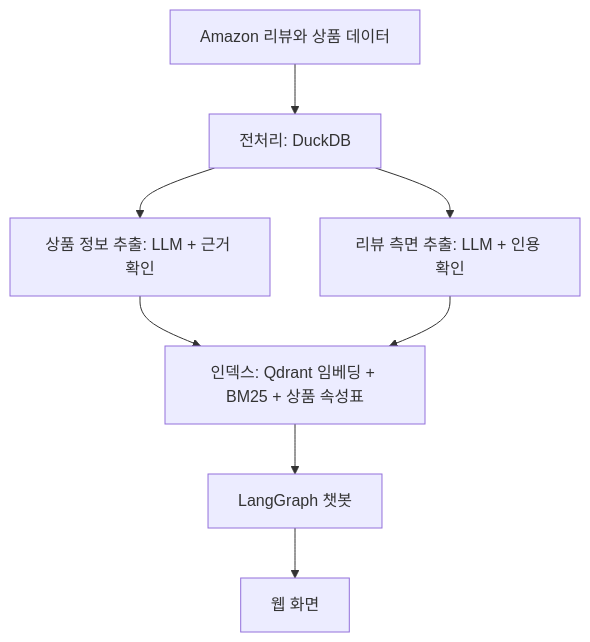
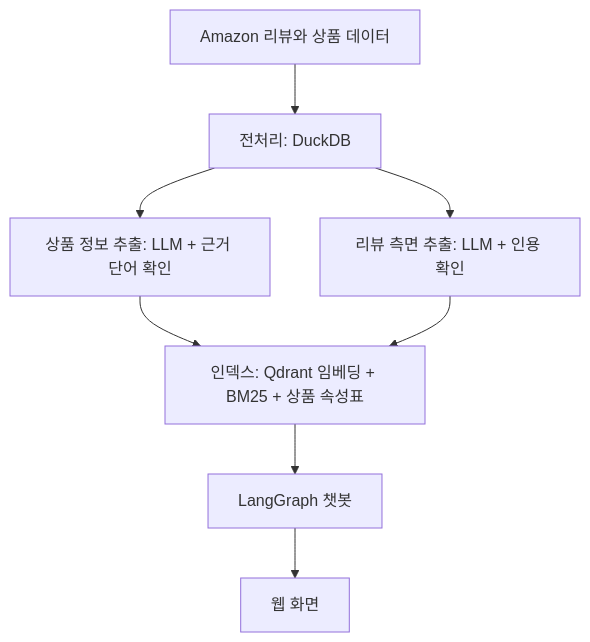
Before and after one commit to sws95/product-extraction-chatbot: the first of 2 diagrams in README.md, drawn with Mermaid. The commit also changed other lines of this file and 46 other files, not shown here.

````diff
--- a/README.md
+++ b/README.md
@@ -19,10 +39,10 @@
 ```mermaid
 flowchart TD
     A[Amazon 리뷰와 상품 데이터] --> B[전처리: DuckDB]
-    B --> C[상품 정보 추출: LLM + 근거 확인]
+    B --> C[상품 정보 추출: LLM + 근거 단어 확인]
     B --> D[리뷰 측면 추출: LLM + 인용 확인]
     C --> E[인덱스: Qdrant 임베딩 + BM25 + 상품 속성표]
     D --> E
     E --> F[LangGraph 챗봇]
     F --> G[웹 화면]
 ```
````
